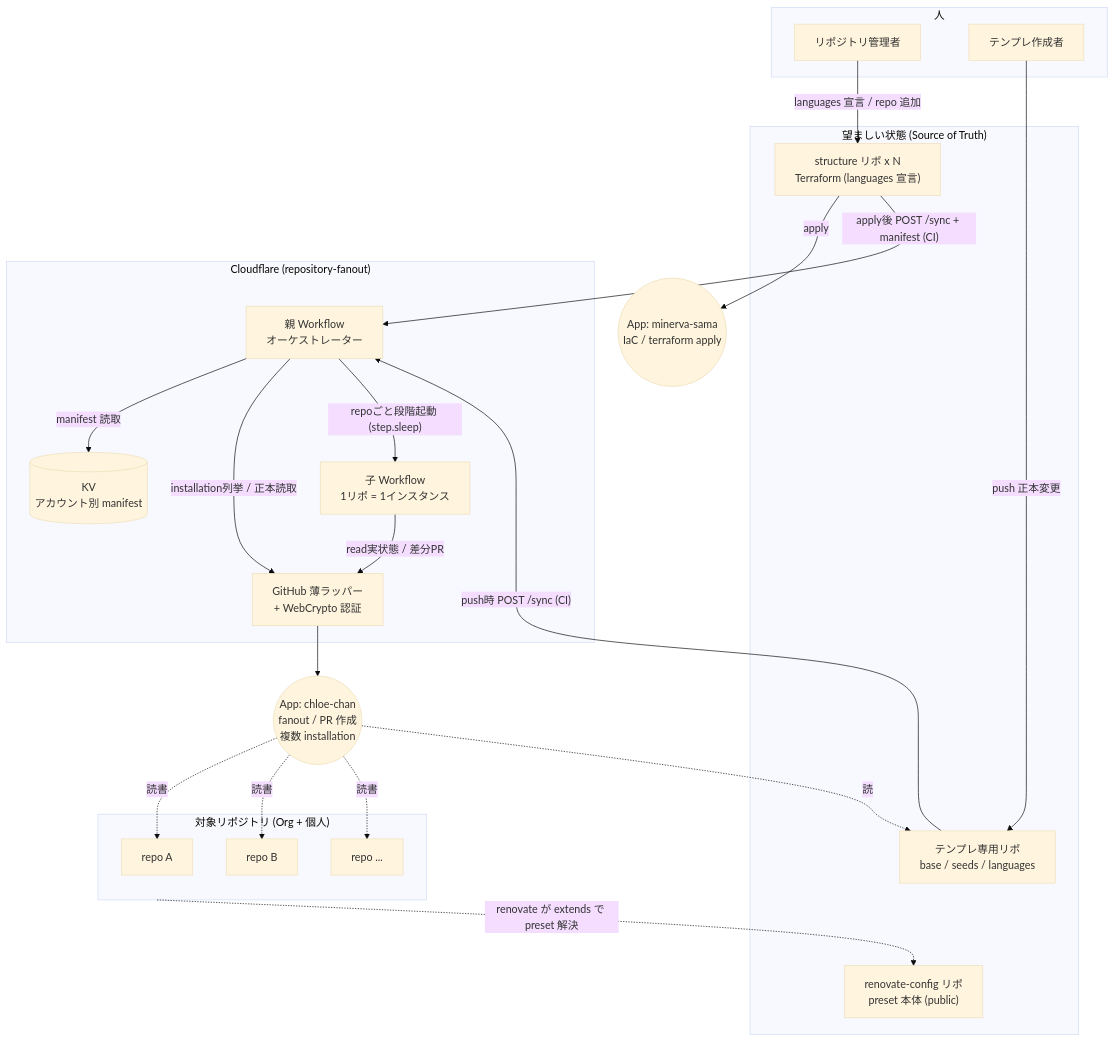
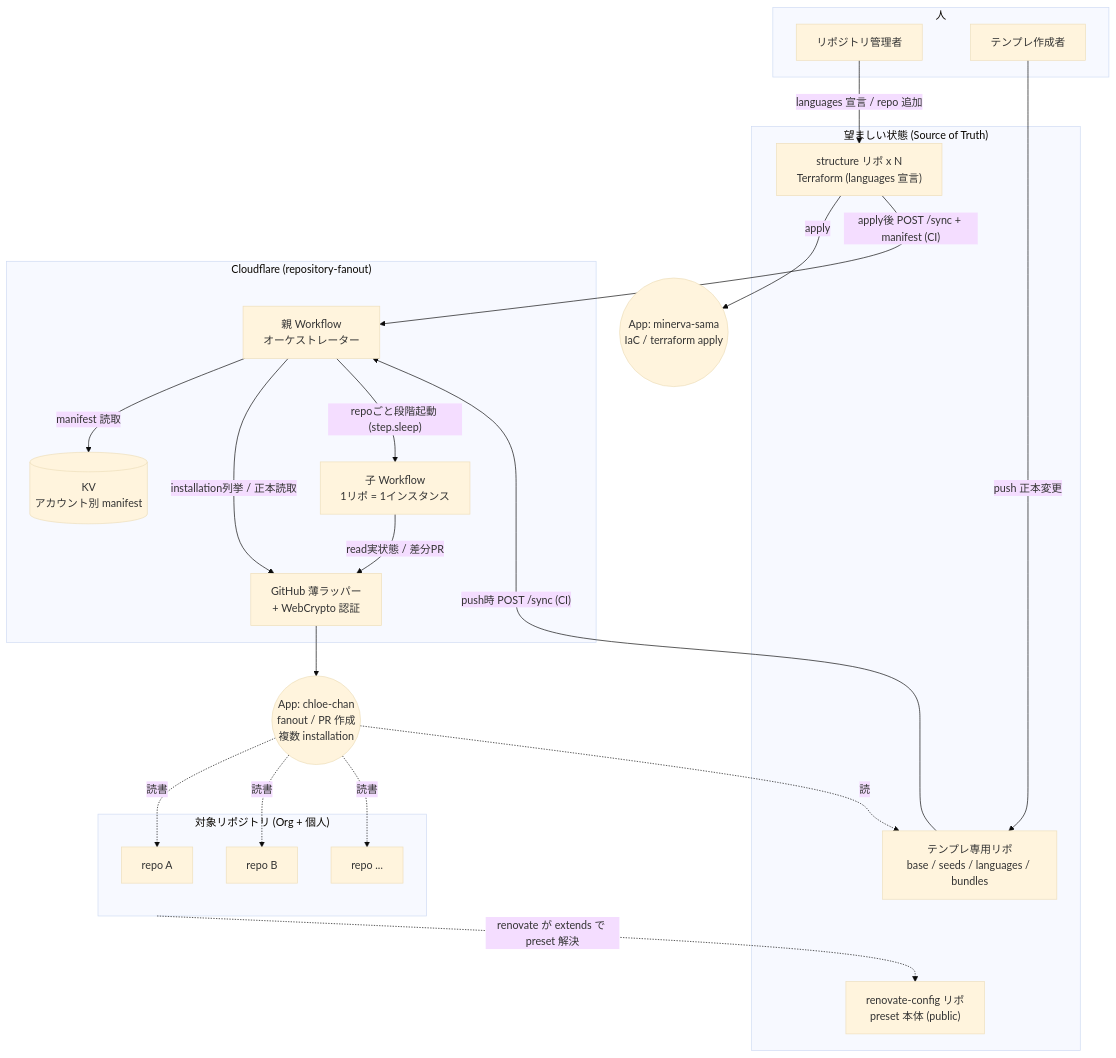
Before and after one commit to bright-room/repository-fanout: the first of 6 diagrams in docs/superpowers/specs/2026-06-26-repository-fanout-design.md, drawn with Mermaid (base theme). The commit also changed other lines of this file and 2 other files, not shown here.

````diff
--- a/docs/superpowers/specs/2026-06-26-repository-fanout-design.md
+++ b/docs/superpowers/specs/2026-06-26-repository-fanout-design.md
@@ -398,45 +398,45 @@
 ```mermaid
 flowchart TB
   subgraph Humans["人"]
     M["リポジトリ管理者"]
     T["テンプレ作成者"]
   end
 
   subgraph SoT["望ましい状態 (Source of Truth)"]
-    TR["テンプレ専用リポ<br/>base / seeds / languages"]
+    TR["テンプレ専用リポ<br/>base / seeds / languages / bundles"]
     RC["renovate-config リポ<br/>preset 本体 (public)"]
     SR["structure リポ x N<br/>Terraform (languages 宣言)"]
   end
 
   subgraph CF["Cloudflare (repository-fanout)"]
     KV[("KV<br/>アカウント別 manifest")]
     P["親 Workflow<br/>オーケストレーター"]
     C["子 Workflow<br/>1リポ = 1インスタンス"]
     GHC["GitHub 薄ラッパー<br/>+ WebCrypto 認証"]
   end
 
   MIN(("App: minerva-sama<br/>IaC / terraform apply"))
   CHL(("App: chloe-chan<br/>fanout / PR 作成<br/>複数 installation"))
 
   subgraph Targets["対象リポジトリ (Org + 個人)"]
     R1["repo A"]
     R2["repo B"]
     R3["repo ..."]
   end
 
   T -->|"push 正本変更"| TR
   M -->|"languages 宣言 / repo 追加"| SR
   SR -->|"apply"| MIN
   TR -->|"push時 POST /sync (CI)"| P
   SR -->|"apply後 POST /sync + manifest (CI)"| P
   P -->|"manifest 読取"| KV
   P -->|"installation列挙 / 正本読取"| GHC
   P -->|"repoごと段階起動 (step.sleep)"| C
   C -->|"read実状態 / 差分PR"| GHC
   GHC --> CHL
   CHL -.読.-> TR
   CHL -.読書.-> R1
   CHL -.読書.-> R2
   CHL -.読書.-> R3
   Targets -."renovate が extends で preset 解決".-> RC
 ```
````
